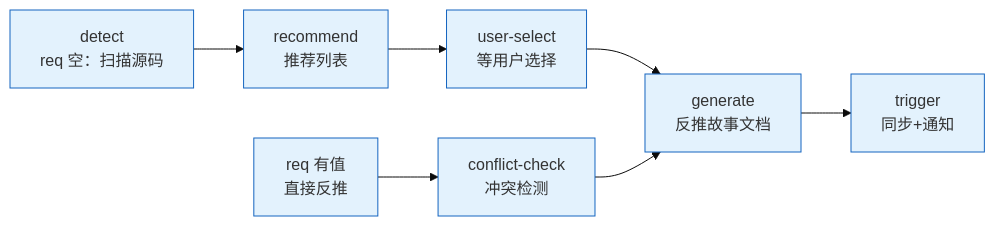
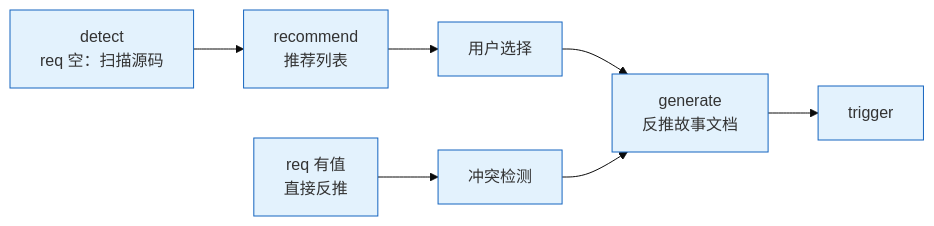
One commit to effiy/YrY changed the tenth of 10 diagrams in skills/rui/SKILL.md. Above: the diagram before and after it, drawn with Mermaid (base theme). The commit also changed other lines of this file and 1 other file, not shown here.

````diff
--- a/skills/rui/SKILL.md
+++ b/skills/rui/SKILL.md
@@ -393,8 +284,8 @@
 ```mermaid
 flowchart LR
-    E1[detect<br/>req 空：扫描源码]:::s --> E2[recommend<br/>推荐列表]:::s --> E3[user-select<br/>等用户选择]:::s
+    E1[detect<br/>req 空：扫描源码]:::s --> E2[recommend<br/>推荐列表]:::s --> E3[用户选择]:::s
     E3 --> G[generate<br/>反推故事文档]:::s
-    R[req 有值<br/>直接反推]:::s --> C[conflict-check<br/>冲突检测]:::s --> G
-    G --> T[trigger<br/>同步+通知]:::s
+    R[req 有值<br/>直接反推]:::s --> C[冲突检测]:::s --> G
+    G --> T[trigger]:::s
     classDef s fill:#e3f2fd,stroke:#1565c0;
 ```
````
